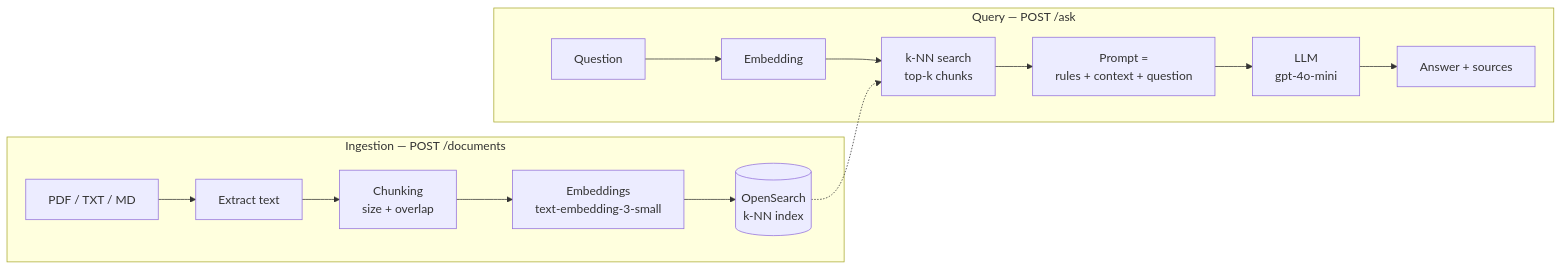
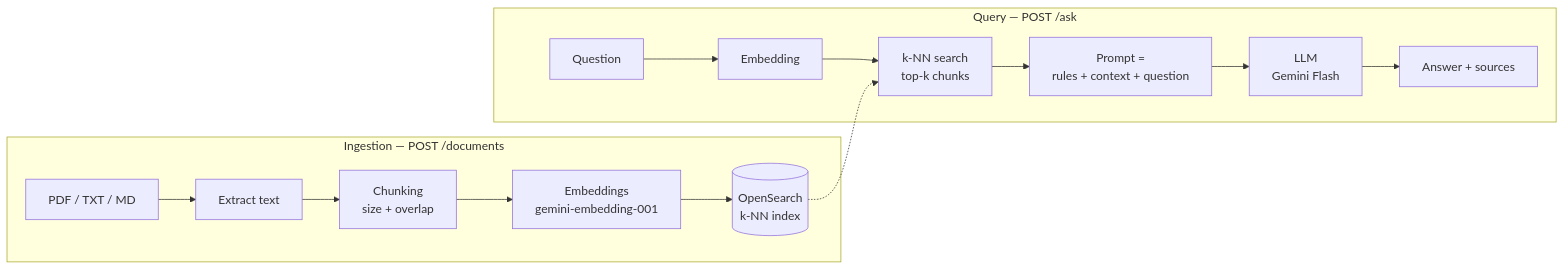
Before and after one commit to luigus/rag-from-scratch: the diagram in phase-01-basic-rag/README.md, drawn with Mermaid. The commit also changed other lines of this file and 32 other files, not shown here.

First line of the commit message:
Support Gemini as the default LLM provider

````diff
--- a/phase-01-basic-rag/README.md
+++ b/phase-01-basic-rag/README.md
@@ -5,17 +5,17 @@
 ```mermaid
 flowchart LR
     subgraph Ingestion["Ingestion — POST /documents"]
         A[PDF / TXT / MD] --> B[Extract text]
         B --> C[Chunking<br/>size + overlap]
-        C --> D[Embeddings<br/>text-embedding-3-small]
+        C --> D[Embeddings<br/>gemini-embedding-001]
         D --> E[(OpenSearch<br/>k-NN index)]
     end
     subgraph Query["Query — POST /ask"]
         Q[Question] --> QE[Embedding]
         QE --> S[k-NN search<br/>top-k chunks]
         E -.-> S
         S --> P[Prompt =<br/>rules + context + question]
-        P --> L[LLM<br/>gpt-4o-mini]
+        P --> L[LLM<br/>Gemini Flash]
         L --> R[Answer + sources]
     end
 ```
````
